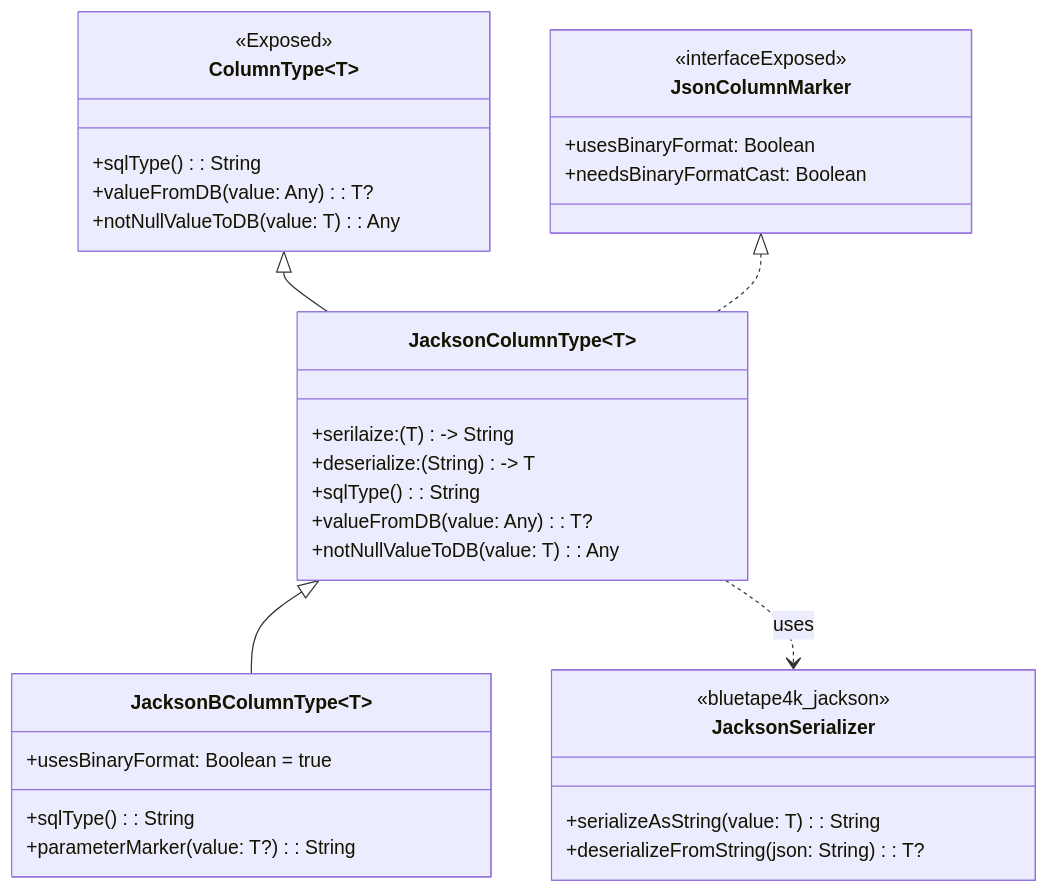
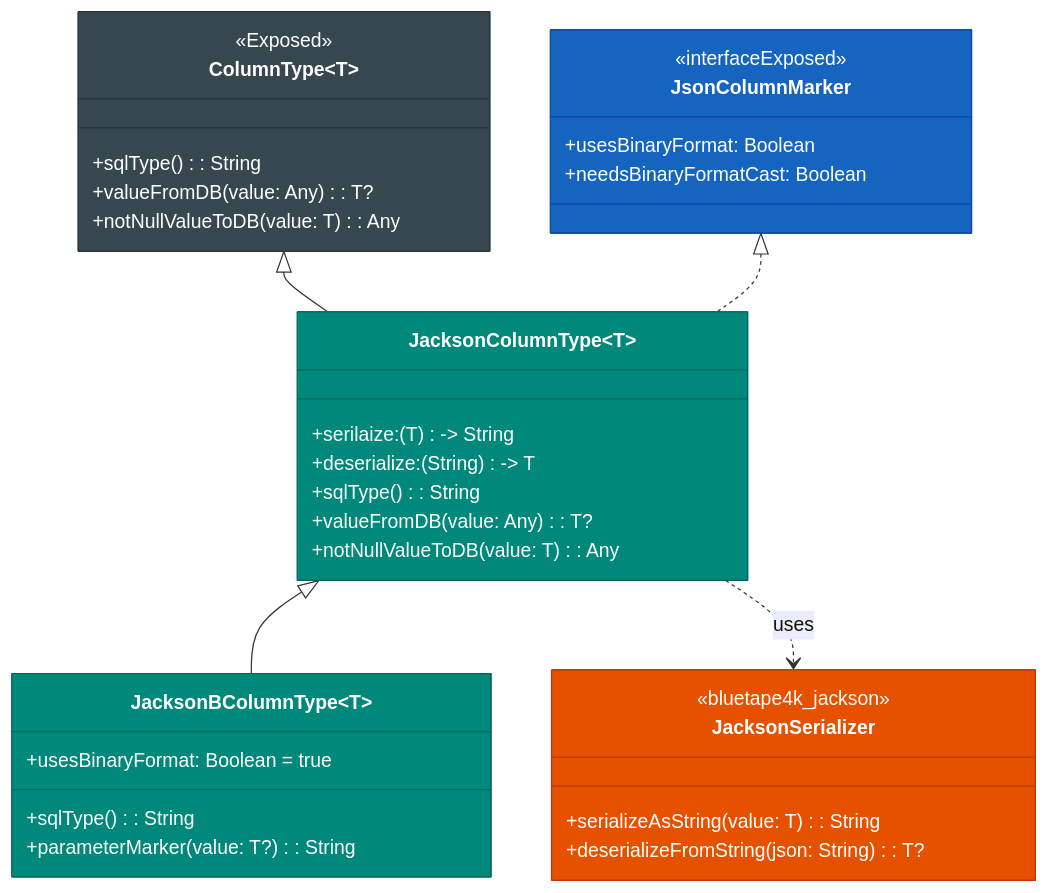
One commit to bluetape4k/bluetape4k-projects changed the second of 4 diagrams in data/exposed-jackson2/README.md. Above: the diagram before and after it, drawn with Mermaid. The commit also changed other lines of this file and 221 other files, not shown here.

First line of the commit message:
docs: 전체 모듈 README UML 다이어그램 보강 및 색상 업그레이드

````diff
--- a/data/exposed-jackson2/README.md
+++ b/data/exposed-jackson2/README.md
@@ -138,38 +141,44 @@
 ```mermaid
 classDiagram
     class ColumnType~T~ {
         <<Exposed>>
         +sqlType(): String
         +valueFromDB(value: Any): T?
         +notNullValueToDB(value: T): Any
     }
     class JsonColumnMarker {
         <<interfaceExposed>>
         +usesBinaryFormat: Boolean
         +needsBinaryFormatCast: Boolean
     }
 
     class JacksonColumnType~T~ {
         +serilaize: (T) -> String
         +deserialize: (String) -> T
         +sqlType(): String
         +valueFromDB(value: Any): T?
         +notNullValueToDB(value: T): Any
     }
     class JacksonBColumnType~T~ {
         +usesBinaryFormat: Boolean = true
         +sqlType(): String
         +parameterMarker(value: T?): String
     }
 
     class JacksonSerializer {
         <<bluetape4k_jackson>>
         +serializeAsString(value: T): String
         +deserializeFromString(json: String): T?
     }
 
     ColumnType <|-- JacksonColumnType
     JsonColumnMarker <|.. JacksonColumnType
     JacksonColumnType <|-- JacksonBColumnType
     JacksonColumnType ..> JacksonSerializer : uses
+
+    style ColumnType fill:#37474F,stroke:#263238,color:#FFFFFF
+    style JsonColumnMarker fill:#1565C0,stroke:#0D47A1,color:#FFFFFF
+    style JacksonColumnType fill:#00897B,stroke:#00695C,color:#FFFFFF
+    style JacksonBColumnType fill:#00897B,stroke:#00695C,color:#FFFFFF
+    style JacksonSerializer fill:#E65100,stroke:#BF360C,color:#FFFFFF
 ```
````
